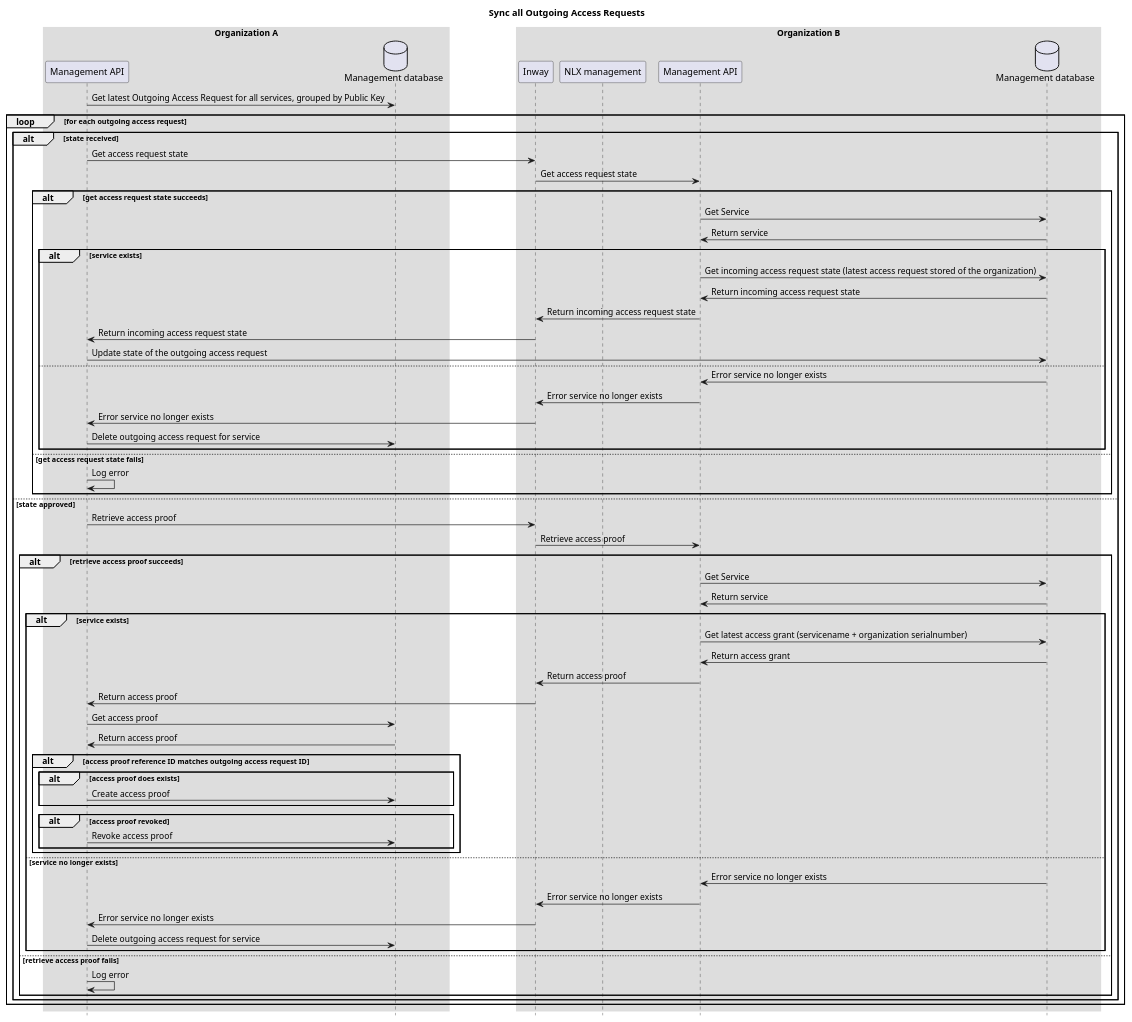
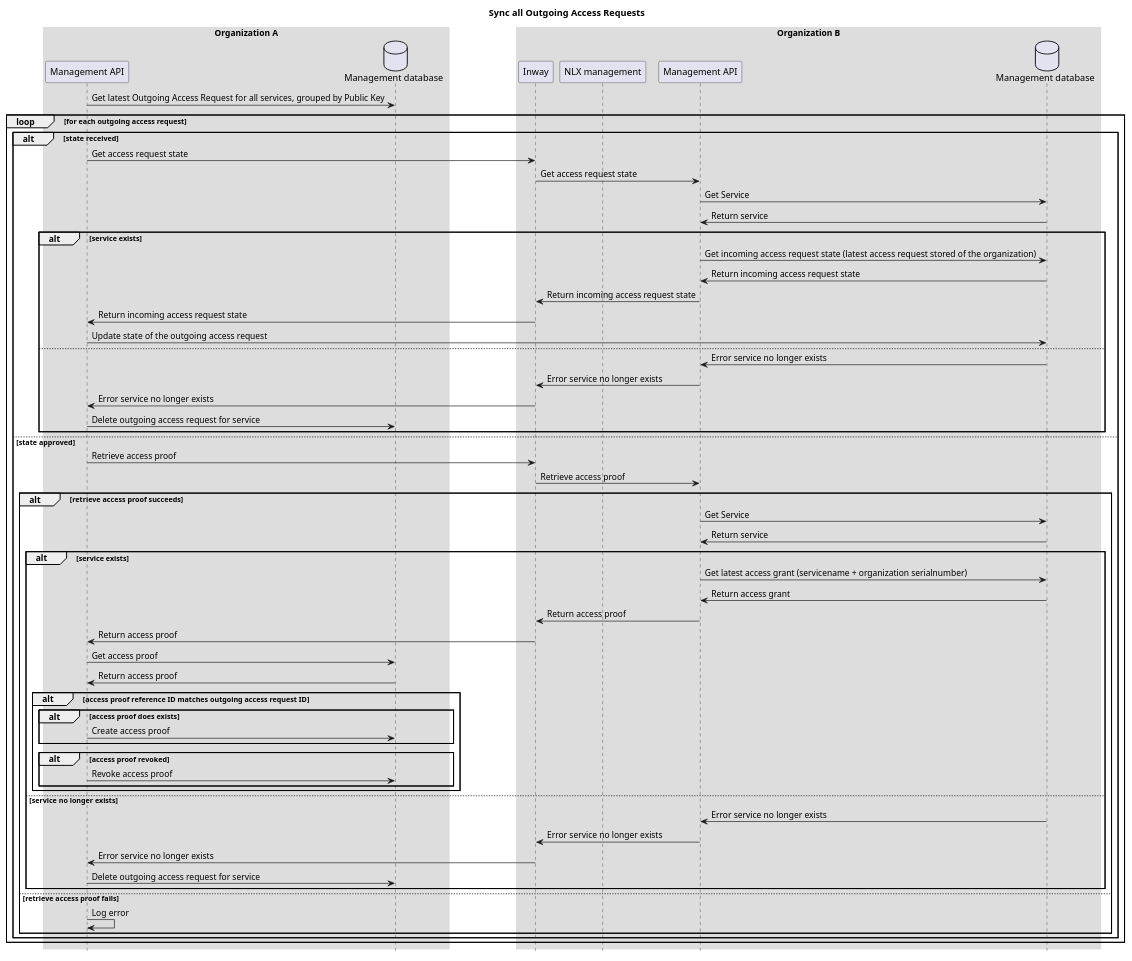
One commit to VNG-Realisatie/nlx changed the diagram in technical-docs/sequence-diagrams/access-request-synchronization-all-services.puml. Above: the diagram before and after it, drawn with PlantUML. The commit also changed 3 other files, not shown here.

First line of the commit message:
docs(management): update sequence diagrams for Outgoing Access Request synchronization

```diff
--- a/technical-docs/sequence-diagrams/access-request-synchronization-all-services.puml
+++ b/technical-docs/sequence-diagrams/access-request-synchronization-all-services.puml
@@ -1,75 +1,71 @@
 @startuml
 title: Sync all Outgoing Access Requests
 
 skinparam sequenceBoxBorderColor #transparent
 skinparam boxPadding 50
 hide footbox
 
 box "Organization A"
 participant "Management API" as managementAPIOrgA
 database "Management database" as managementDatabaseOrgA
 end box
 
 box "Organization B"
 participant "Inway" as inwayOrgB
 participant "NLX management" as managementUIOrgB
 participant "Management API" as managementAPIOrgB
 database "Management database" as managementDatabaseOrgB
 end box
 
 managementAPIOrgA -> managementDatabaseOrgA: Get latest Outgoing Access Request for all services, grouped by Public Key
 loop for each outgoing access request
     alt state received
         managementAPIOrgA -> inwayOrgB: Get access request state
         inwayOrgB -> managementAPIOrgB: Get access request state
-        alt get access request state succeeds
-            managementAPIOrgB -> managementDatabaseOrgB: Get Service
-            managementDatabaseOrgB -> managementAPIOrgB: Return service
-            alt service exists
-                managementAPIOrgB -> managementDatabaseOrgB: Get incoming access request state (latest access request stored of the organization)
-                managementDatabaseOrgB -> managementAPIOrgB: Return incoming access request state
-                managementAPIOrgB -> inwayOrgB: Return incoming access request state
-                inwayOrgB -> managementAPIOrgA: Return incoming access request state
-                managementAPIOrgA -> managementDatabaseOrgB: Update state of the outgoing access request
-            else
-                managementDatabaseOrgB -> managementAPIOrgB: Error service no longer exists
-                managementAPIOrgB -> inwayOrgB: Error service no longer exists
-                inwayOrgB -> managementAPIOrgA: Error service no longer exists
-                managementAPIOrgA -> managementDatabaseOrgA: Delete outgoing access request for service
-            end
-        else get access request state fails
-            managementAPIOrgA -> managementAPIOrgA: Log error
+        managementAPIOrgB -> managementDatabaseOrgB: Get Service
+        managementDatabaseOrgB -> managementAPIOrgB: Return service
+        alt service exists
+            managementAPIOrgB -> managementDatabaseOrgB: Get incoming access request state (latest access request stored of the organization)
+            managementDatabaseOrgB -> managementAPIOrgB: Return incoming access request state
+            managementAPIOrgB -> inwayOrgB: Return incoming access request state
+            inwayOrgB -> managementAPIOrgA: Return incoming access request state
+            managementAPIOrgA -> managementDatabaseOrgB: Update state of the outgoing access request
+        else
+            managementDatabaseOrgB -> managementAPIOrgB: Error service no longer exists
+            managementAPIOrgB -> inwayOrgB: Error service no longer exists
+            inwayOrgB -> managementAPIOrgA: Error service no longer exists
+            managementAPIOrgA -> managementDatabaseOrgA: Delete outgoing access request for service
         end
     else state approved
         managementAPIOrgA -> inwayOrgB: Retrieve access proof
         inwayOrgB -> managementAPIOrgB: Retrieve access proof
         alt retrieve access proof succeeds
             managementAPIOrgB -> managementDatabaseOrgB: Get Service
             managementDatabaseOrgB -> managementAPIOrgB: Return service
             alt service exists
                 managementAPIOrgB -> managementDatabaseOrgB: Get latest access grant (servicename + organization serialnumber)
                 managementDatabaseOrgB -> managementAPIOrgB: Return access grant
                 managementAPIOrgB -> inwayOrgB: Return access proof
                 inwayOrgB -> managementAPIOrgA: Return access proof
                 managementAPIOrgA -> managementDatabaseOrgA: Get access proof
                 managementDatabaseOrgA -> managementAPIOrgA: Return access proof
                 alt access proof reference ID matches outgoing access request ID
                     alt access proof does exists
                         managementAPIOrgA -> managementDatabaseOrgA: Create access proof
                     end
                     alt access proof revoked
                         managementAPIOrgA -> managementDatabaseOrgA: Revoke access proof
                     end
                 end
             else service no longer exists
                 managementDatabaseOrgB -> managementAPIOrgB: Error service no longer exists
                 managementAPIOrgB -> inwayOrgB: Error service no longer exists
                 inwayOrgB -> managementAPIOrgA: Error service no longer exists
                 managementAPIOrgA -> managementDatabaseOrgA: Delete outgoing access request for service
             end
         else retrieve access proof fails
             managementAPIOrgA -> managementAPIOrgA: Log error
         end
     end
 end
 @enduml
```
